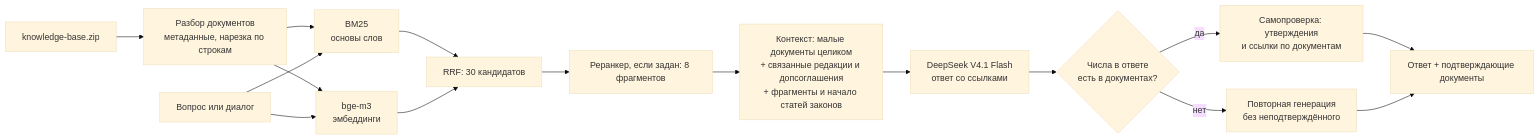
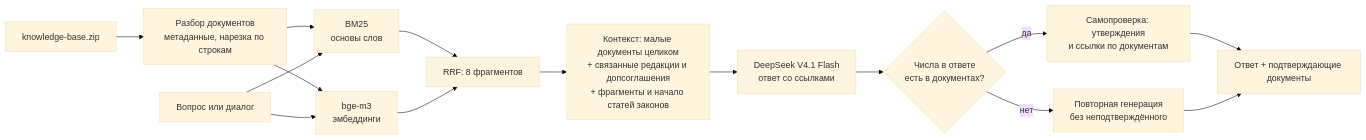
One commit to Asebaie/Triple-I changed the diagram in README.md. Above: the diagram before and after it, drawn with Mermaid (base theme). The commit also changed other lines of this file, not shown here.

Commit message:
docs: describe env defaults and drop reranker

````diff
--- a/README.md
+++ b/README.md
@@ -7,18 +7,17 @@
 ```mermaid
 flowchart LR
     KB[knowledge-base.zip] --> P[Разбор документов<br/>метаданные, нарезка по строкам]
     P --> BM[BM25<br/>основы слов]
     P --> E[bge-m3<br/>эмбеддинги]
     Q[Вопрос или диалог] --> BM
     Q --> E
-    BM --> F[RRF: 30 кандидатов]
+    BM --> F[RRF: 8 фрагментов]
     E --> F
-    F --> R[Реранкер, если задан: 8 фрагментов]
-    R --> C[Контекст: малые документы целиком<br/>+ связанные редакции и допсоглашения<br/>+ фрагменты и начало статей законов]
+    F --> C[Контекст: малые документы целиком<br/>+ связанные редакции и допсоглашения<br/>+ фрагменты и начало статей законов]
     C --> G[DeepSeek V4.1 Flash<br/>ответ со ссылками]
     G --> V{Числа в ответе<br/>есть в документах?}
     V -->|да| S[Самопроверка: утверждения<br/>и ссылки по документам]
     V -->|нет| G2[Повторная генерация<br/>без неподтверждённого]
     S --> A[Ответ + подтверждающие документы]
     G2 --> A
 ```
````
